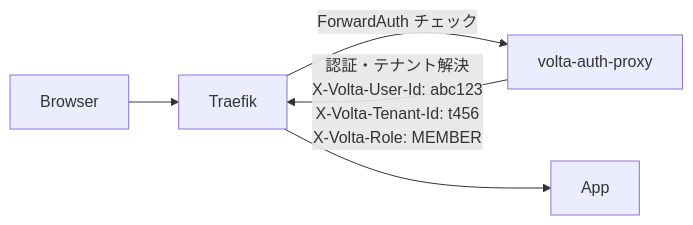
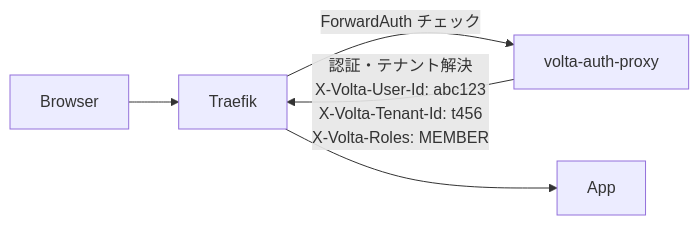
Before and after one commit to opaopa6969/volta-auth-proxy: the first of 7 diagrams in README.ja.md, drawn with Mermaid. The commit also changed other lines of this file and 2 other files, not shown here.

````diff
--- a/README.ja.md
+++ b/README.ja.md
@@ -54,7 +54,7 @@
 ```mermaid
 flowchart LR
     Browser --> Traefik
     Traefik -->|ForwardAuth チェック| Volta[volta-auth-proxy]
-    Volta -->|認証・テナント解決<br/>X-Volta-User-Id: abc123<br/>X-Volta-Tenant-Id: t456<br/>X-Volta-Role: MEMBER| Traefik
+    Volta -->|認証・テナント解決<br/>X-Volta-User-Id: abc123<br/>X-Volta-Tenant-Id: t456<br/>X-Volta-Roles: MEMBER| Traefik
     Traefik --> App
 ```
````
